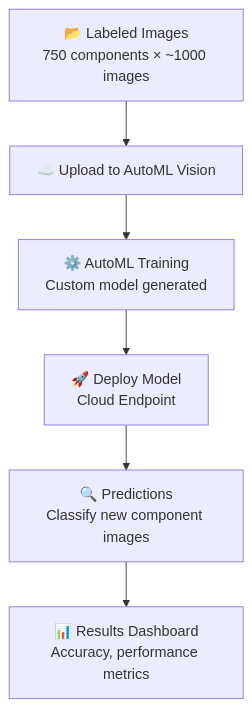
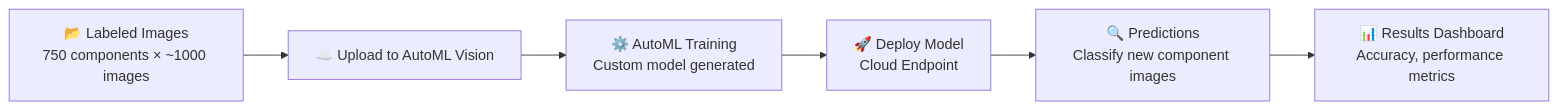
Before and after one commit to blaire101/DE2-AWS-Azure-GCP-2025: diagram 16 of 16 in GCP-P-DE-Exam.md, drawn with Mermaid.

Commit message:
add or modify article

````diff
--- a/GCP-P-DE-Exam.md
+++ b/GCP-P-DE-Exam.md
@@ -3182,8 +3182,8 @@
 ```mermaid
-flowchart TB
+flowchart LR
     A["📂 Labeled Images<br>750 components × ~1000 images"] --> B["☁️ Upload to AutoML Vision"]
     B --> C["⚙️ AutoML Training<br>Custom model generated"]
     C --> D["🚀 Deploy Model<br>Cloud Endpoint"]
     D --> E["🔍 Predictions<br>Classify new component images"]
     E --> F["📊 Results Dashboard<br>Accuracy, performance metrics"]
 ```
````
